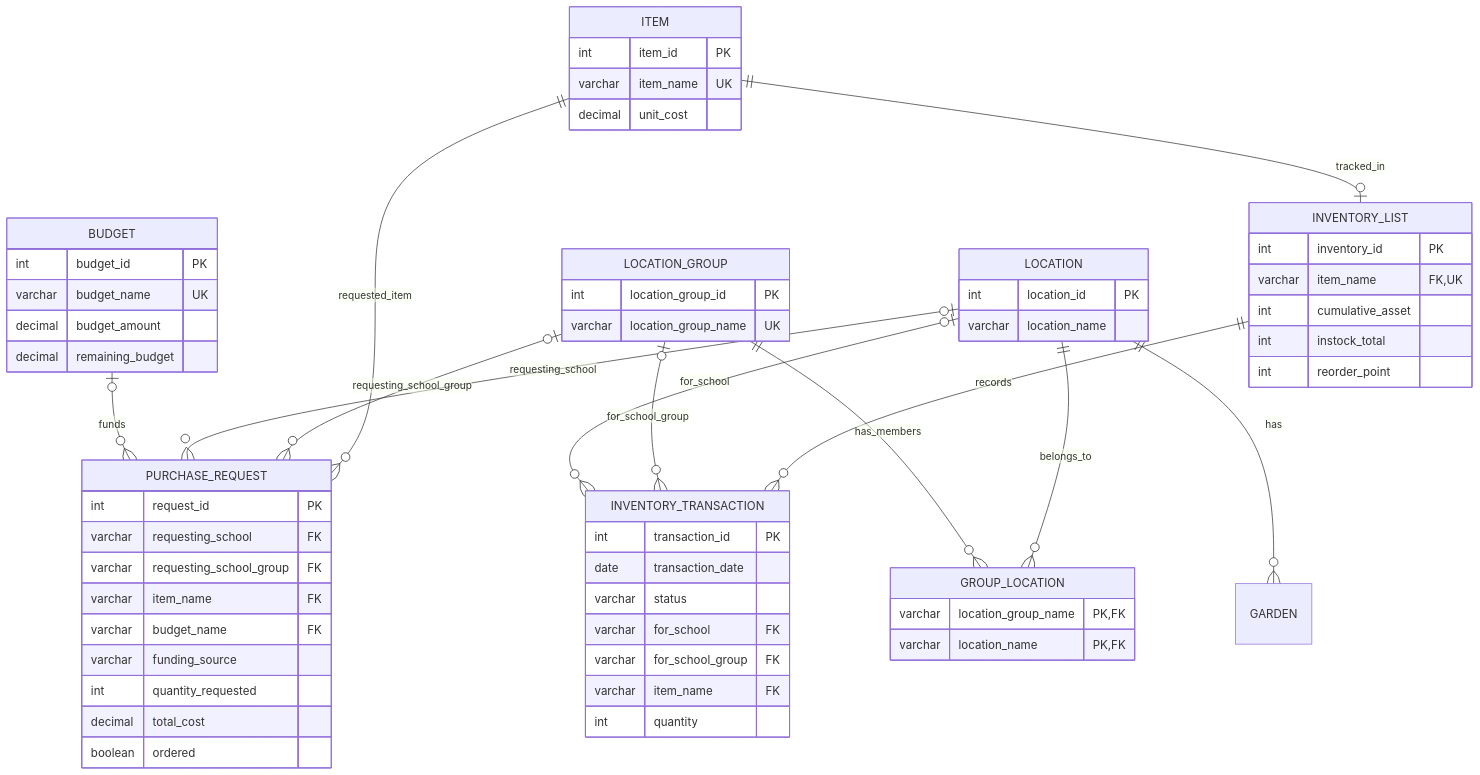
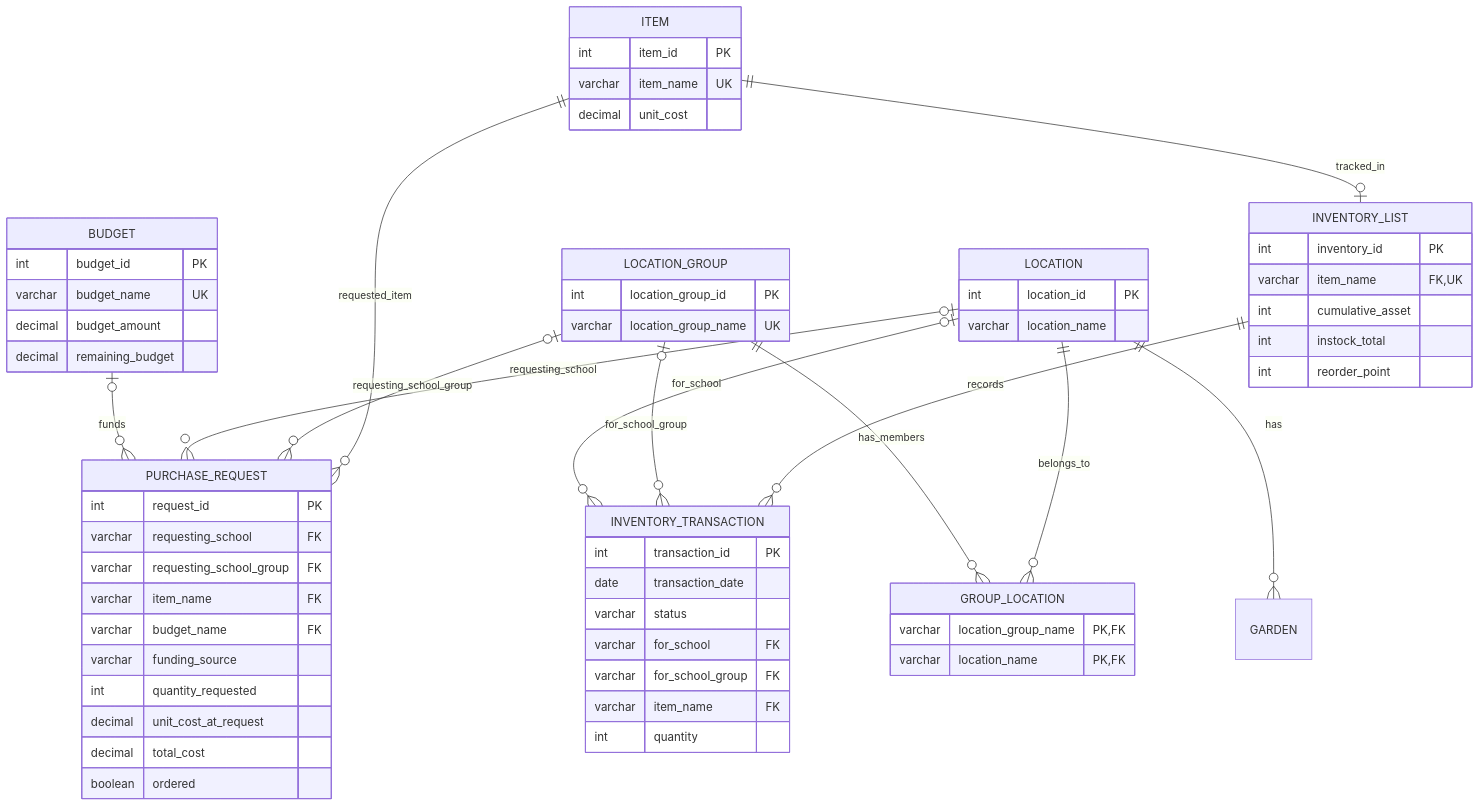
The first of 2 diagrams in README.md (CrisOrnelas99/Garden-Database), drawn with Mermaid before and after one commit. The commit also changed other lines of this file and 5 other files, not shown here.

````diff
--- a/README.md
+++ b/README.md
@@ -31,76 +31,77 @@
 ```mermaid
 erDiagram
 
     BUDGET o|--o{ PURCHASE_REQUEST : funds
 
     LOCATION o|--o{ PURCHASE_REQUEST : requesting_school
     LOCATION o|--o{ INVENTORY_TRANSACTION : for_school
     LOCATION_GROUP o|--o{ PURCHASE_REQUEST : requesting_school_group
     LOCATION_GROUP o|--o{ INVENTORY_TRANSACTION : for_school_group
     LOCATION_GROUP ||--o{ GROUP_LOCATION : has_members
     LOCATION ||--o{ GROUP_LOCATION : belongs_to
     LOCATION ||--o{ GARDEN : has
 
     ITEM ||--o{ PURCHASE_REQUEST : requested_item
     ITEM ||--o| INVENTORY_LIST : tracked_in
 
     INVENTORY_LIST ||--o{ INVENTORY_TRANSACTION : records
 
     BUDGET {
         int budget_id PK
         varchar budget_name UK
         decimal budget_amount
         decimal remaining_budget
     }
 
     LOCATION {
         int location_id PK
         varchar location_name
     }
 
     LOCATION_GROUP {
         int location_group_id PK
         varchar location_group_name UK
     }
 
     GROUP_LOCATION {
         varchar location_group_name PK, FK
         varchar location_name PK, FK
     }
 
     ITEM {
         int item_id PK
         varchar item_name UK
         decimal unit_cost
     }
 
     INVENTORY_LIST {
         int inventory_id PK
         varchar item_name FK, UK
         int cumulative_asset
         int instock_total
         int reorder_point
     }
 
     PURCHASE_REQUEST {
         int request_id PK
         varchar requesting_school FK
         varchar requesting_school_group FK
         varchar item_name FK
         varchar budget_name FK
         varchar funding_source
         int quantity_requested
+        decimal unit_cost_at_request
         decimal total_cost
         boolean ordered
     }
 
     INVENTORY_TRANSACTION {
         int transaction_id PK
         date transaction_date
         varchar status
         varchar for_school FK
         varchar for_school_group FK
         varchar item_name FK
         int quantity
     }
 ```
````
